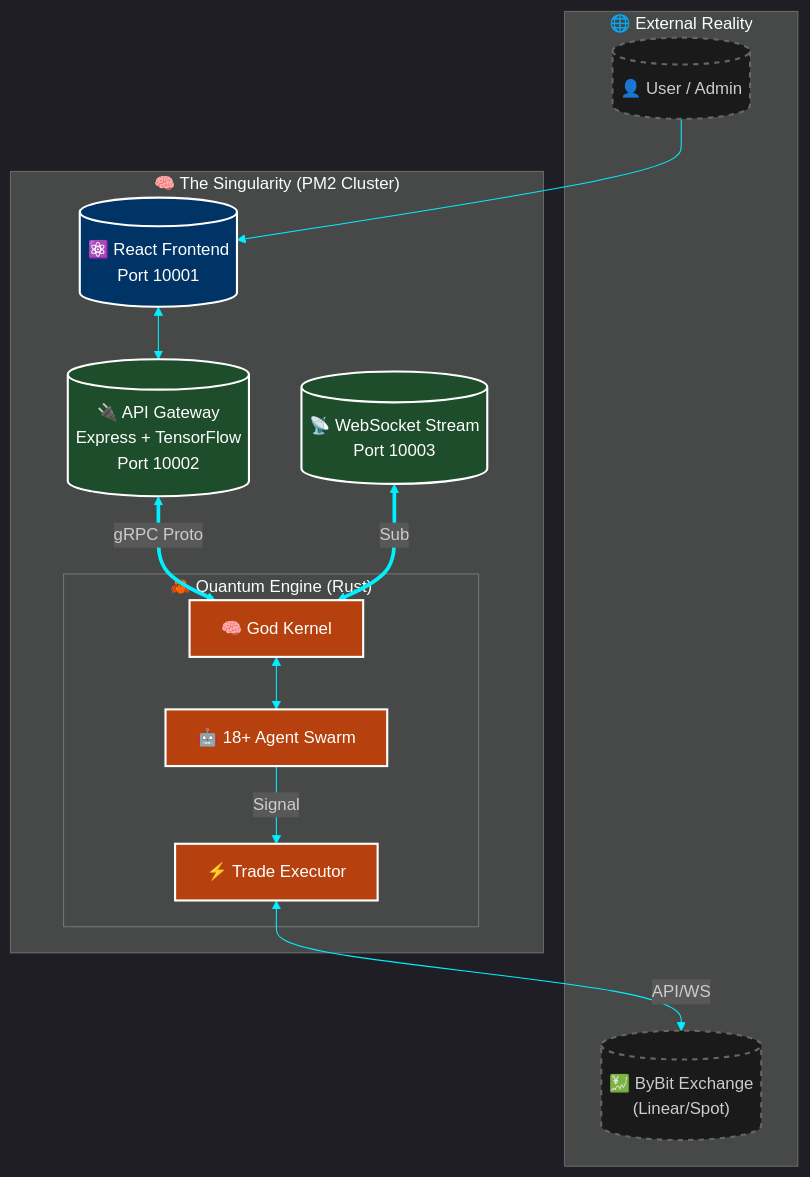
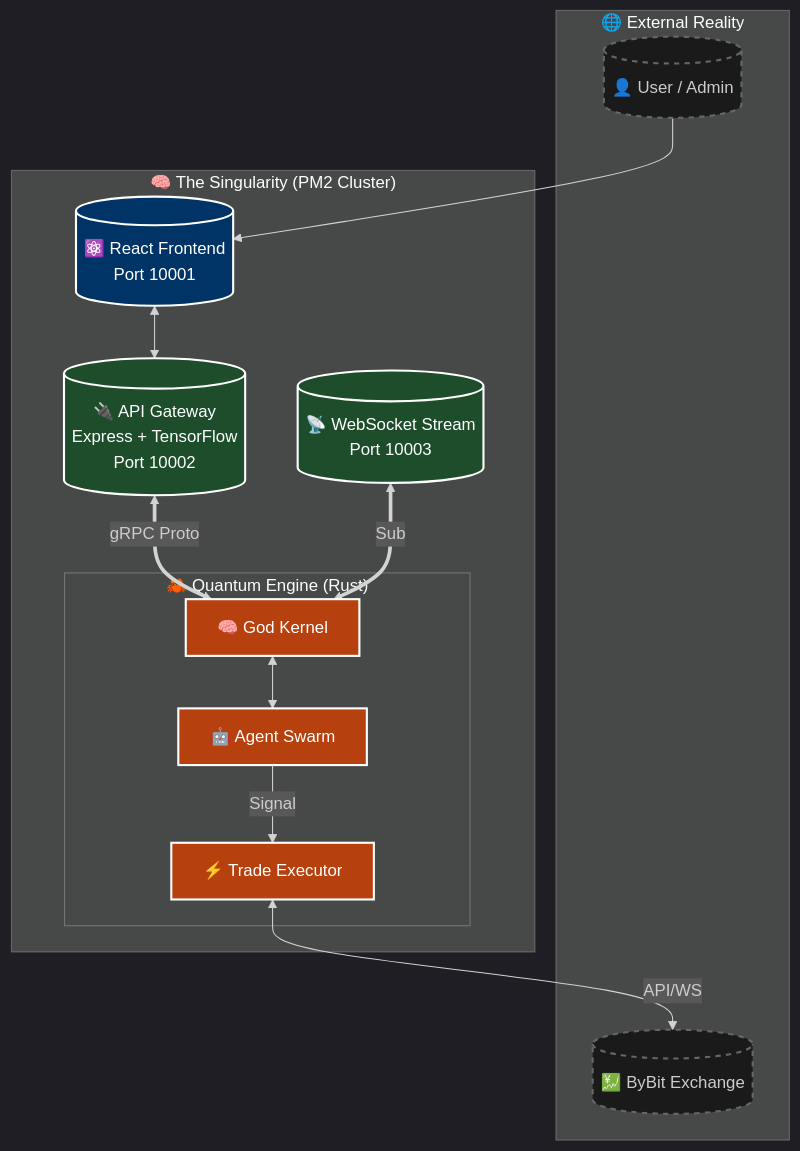
Before and after one commit to MrDecryptDecipher/Diia: the first of 8 diagrams in README.md, drawn with Mermaid. The commit also changed other lines of this file, not shown here.

Commit message:
docs: Add 8+ Comprehensive Diagrams (User Request)

````diff
--- a/README.md
+++ b/README.md
@@ -35,35 +33,34 @@
 ```mermaid
 graph TD
-    %% Theme Enforcement
-    %%{init: {'theme': 'dark', 'themeVariables': { 'darkMode': true, 'background': '#0d0d0d', 'primaryColor': '#7000ff', 'lineColor': '#00f0ff'}}}%%
-    
+    %% Theme
+    %%{init: {'theme': 'dark', 'themeVariables': { 'darkMode': true, 'background': '#0d0d0d', 'primaryColor': '#7000ff'}}}%%
     classDef rust fill:#b7410e,stroke:#fff,stroke-width:2px,color:white;
     classDef node fill:#1e4d2b,stroke:#fff,stroke-width:2px,color:white;
     classDef react fill:#003366,stroke:#fff,stroke-width:2px,color:white;
     classDef ext fill:#1a1a1a,stroke:#666,stroke-dasharray: 5 5,color:#ccc;
 
     subgraph Internet ["🌐 External Reality"]
         Users[("👤 User / Admin")]:::ext
-        ByBit[("💹 ByBit Exchange<br/>(Linear/Spot)")]:::ext
+        ByBit[("💹 ByBit Exchange")]:::ext
     end
 
     subgraph Core ["🧠 The Singularity (PM2 Cluster)"]
         Frontend[("⚛️ React Frontend<br/>Port 10001")]:::react
         API[("🔌 API Gateway<br/>Express + TensorFlow<br/>Port 10002")]:::node
         Socket[("📡 WebSocket Stream<br/>Port 10003")]:::node
         
         subgraph RustEngine ["🦀 Quantum Engine (Rust)"]
             GodKernel["🧠 God Kernel"]:::rust
-            Agents["🤖 18+ Agent Swarm"]:::rust
+            Agents["🤖 Agent Swarm"]:::rust
             OrderExec["⚡ Trade Executor"]:::rust
         end
     end
 
     Users --> Frontend
     Frontend <--> API
     API <==>|gRPC Proto| GodKernel
     Socket <==> |Sub| GodKernel
     GodKernel <--> Agents
     Agents -->|Signal| OrderExec
     OrderExec <-->|API/WS| ByBit
 ```
````
